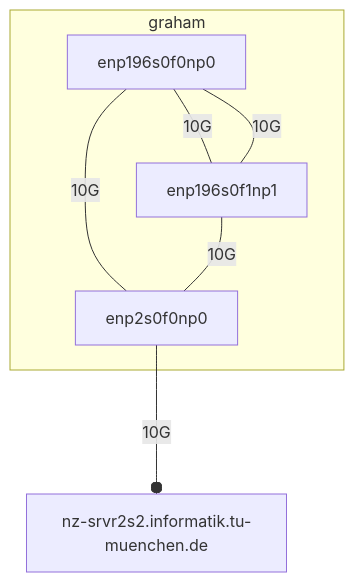
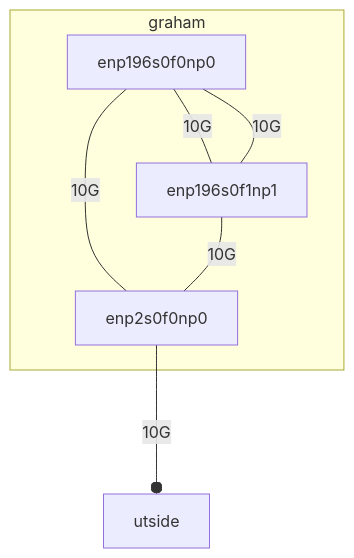
The fifth of 5 diagrams in some-mermaid-graph.md (ackxolotl/doctor-cluster-config), drawn with Mermaid before and after one commit.

````diff
--- a/some-mermaid-graph.md
+++ b/some-mermaid-graph.md
@@ -62,16 +62,16 @@
 ```mermaid
   graph TD
-    graham.enp2s0f0np0["enp2s0f0np0"]-- 10G ---outside["nz-srvr2s2.informatik.tu-muenchen.de"]
+    graham.enp2s0f0np0["enp2s0f0np0"]-- 10G ---outside
     graham.enp196s0f0np0["enp196s0f0np0"]-- 10G ---graham.enp2s0f0np0["enp2s0f0np0"]
     graham.enp196s0f0np0["enp196s0f0np0"]-- 10G ---graham.enp196s0f1np1["enp196s0f1np1"]
     graham.enp196s0f1np1["enp196s0f1np1"]-- 10G ---graham.enp2s0f0np0["enp2s0f0np0"]
     graham.enp196s0f1np1["enp196s0f1np1"]-- 10G ---graham.enp196s0f0np0["enp196s0f0np0"]
     subgraph graham
     graham.enp2s0f0np0["enp2s0f0np0"]
     graham.enp196s0f0np0["enp196s0f0np0"]
     graham.enp196s0f0np0["enp196s0f0np0"]
     graham.enp196s0f1np1["enp196s0f1np1"]
     graham.enp196s0f1np1["enp196s0f1np1"]
     end
-    click outside["nz-srvr2s2.informatik.tu-muenchen.de"] "https://nz-srvr2s2.informatik.tu-muenchen.de/" "outside"
+    click outside "https://nz-srvr2s2.informatik.tu-muenchen.de/" "outside"
 ```
````
